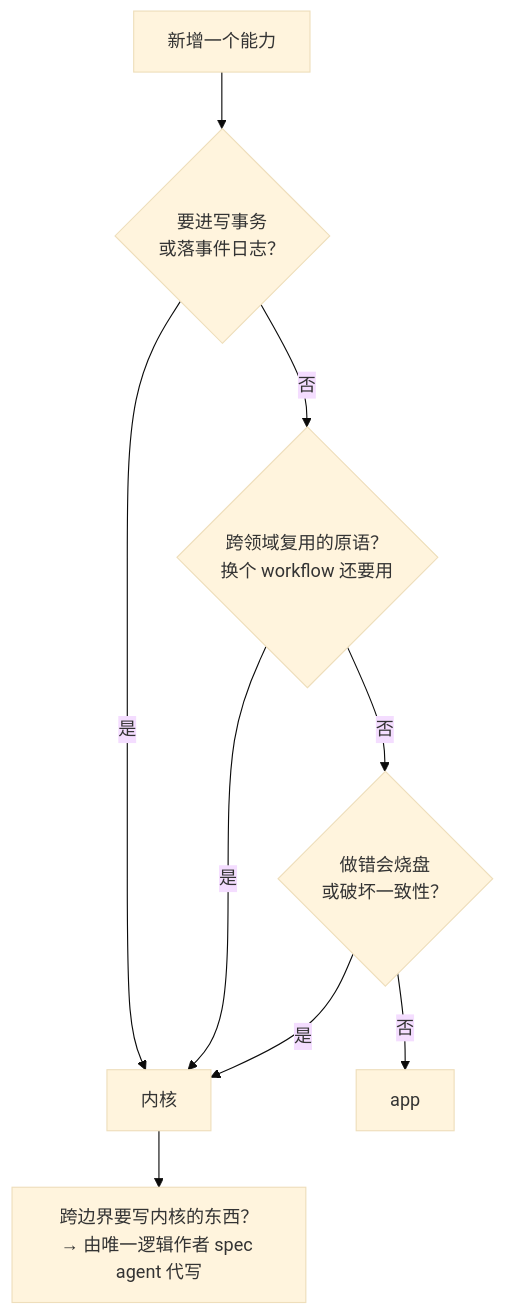
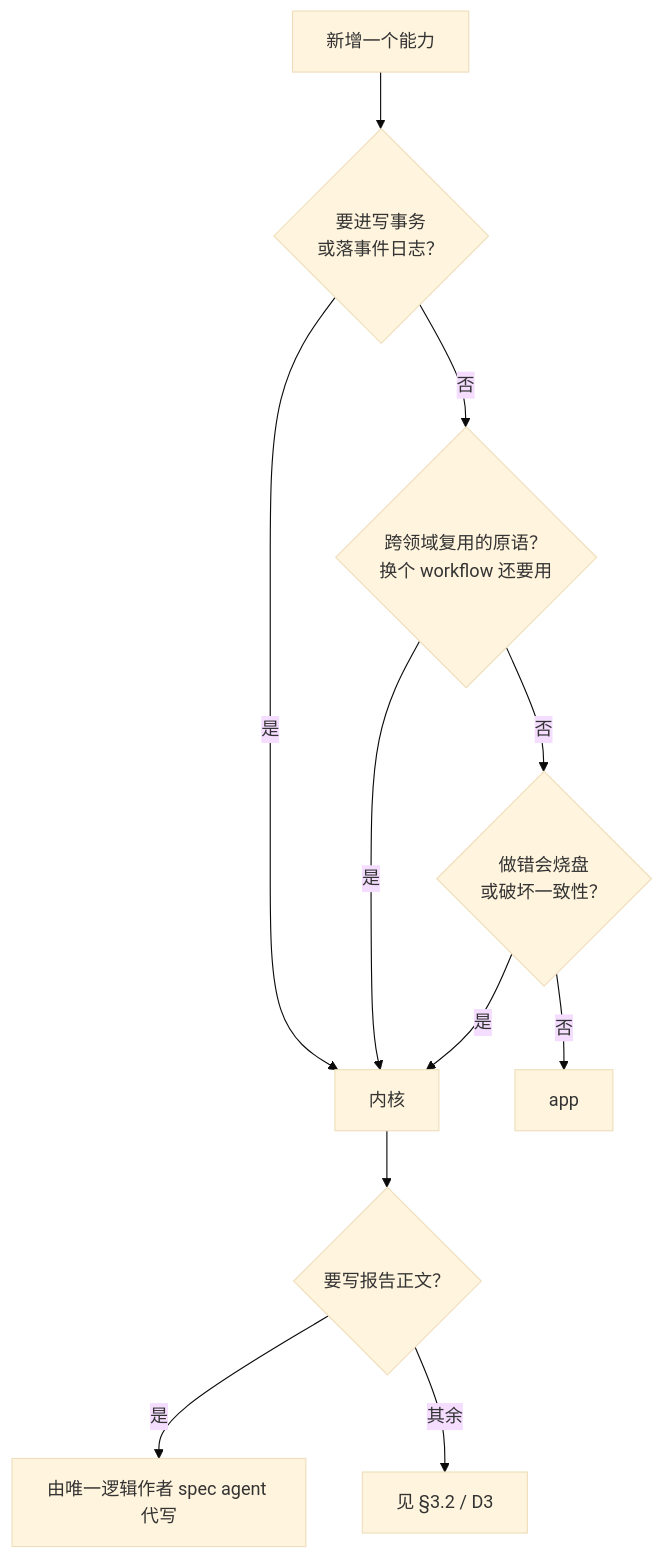
One commit to keanji-x/neige-calm changed the diagram in docs/architecture/955-kernel-app-boundary.md. Above: the diagram before and after it, drawn with Mermaid (base theme). The commit also changed other lines of this file, not shown here.

````diff
--- a/docs/architecture/955-kernel-app-boundary.md
+++ b/docs/architecture/955-kernel-app-boundary.md
@@ -107,11 +107,13 @@
 ```mermaid
 flowchart TD
   Q["新增一个能力"] --> T1{"要进写事务<br/>或落事件日志？"}
   T1 -->|是| K["内核"]
   T1 -->|否| T2{"跨领域复用的原语？<br/>换个 workflow 还要用"}
   T2 -->|是| K
   T2 -->|否| T3{"做错会烧盘<br/>或破坏一致性？"}
   T3 -->|是| K
   T3 -->|否| A["app"]
-  K --> KX["跨边界要写内核的东西？<br/>→ 由唯一逻辑作者 spec agent 代写"]
+  K --> KX{"要写报告正文？"}
+  KX -->|是| S["由唯一逻辑作者 spec agent 代写"]
+  KX -->|其余| O["见 §3.2 / D3"]
 ```
````
